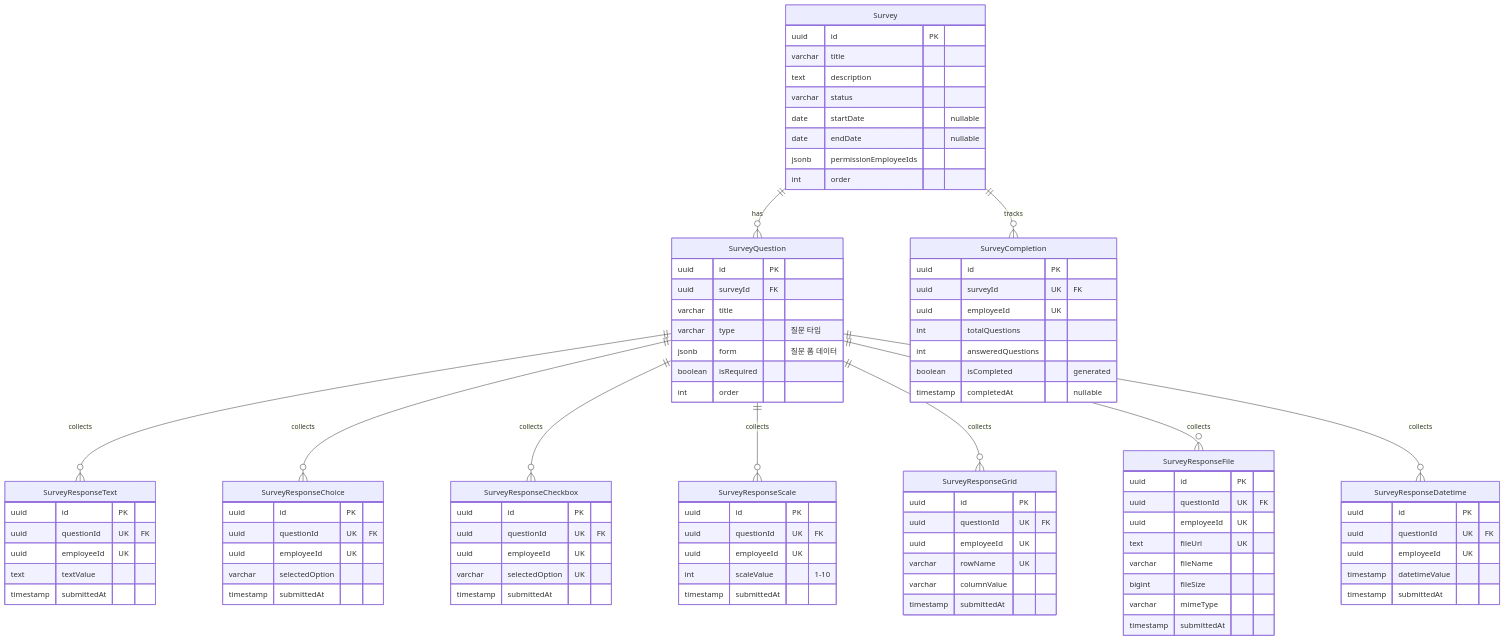
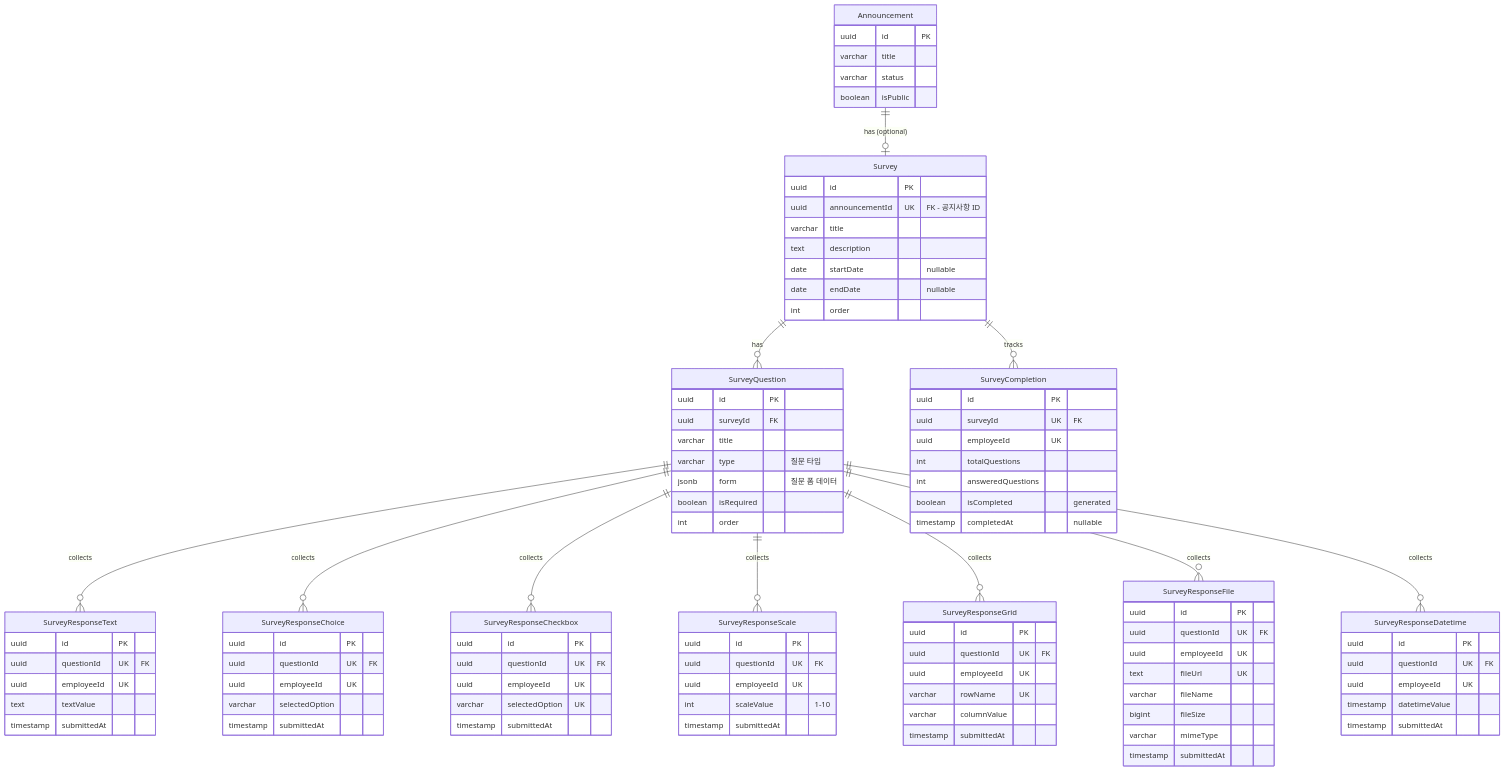
One commit to wukdddang/lumir-cms-backend changed diagram 13 of 15 in docs/erd/er-diagram-entities.md. Above: the diagram before and after it, drawn with Mermaid. The commit also changed other lines of this file and 2 other files, not shown here.

First line of the commit message:
feat: 설문조사 및 공지사항 관련 ER 다이어그램 업데이트

```diff
--- a/docs/erd/er-diagram-entities.md
+++ b/docs/erd/er-diagram-entities.md
@@ -531,13 +556,19 @@
 erDiagram
     Survey {
         uuid id PK
+        uuid announcementId UK "FK - 공지사항 ID"
         varchar title
         text description
-        varchar status
         date startDate "nullable"
         date endDate "nullable"
-        jsonb permissionEmployeeIds
         int order
+    }
+    
+    Announcement {
+        uuid id PK
+        varchar title
+        varchar status
+        boolean isPublic
     }
     
     SurveyQuestion {
@@ -620,6 +651,7 @@
         timestamp completedAt "nullable"
     }
     
+    Announcement ||--o| Survey : "has (optional)"
     Survey ||--o{ SurveyQuestion : "has"
     Survey ||--o{ SurveyCompletion : "tracks"
     SurveyQuestion ||--o{ SurveyResponseText : "collects"
```
